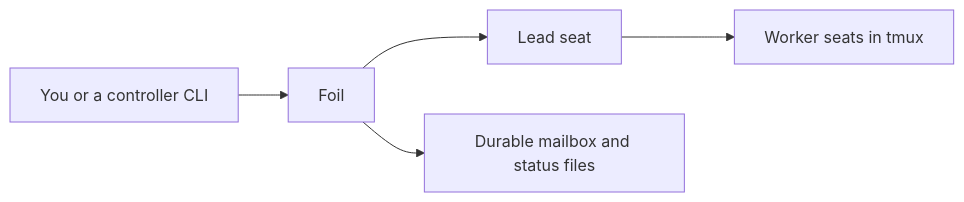
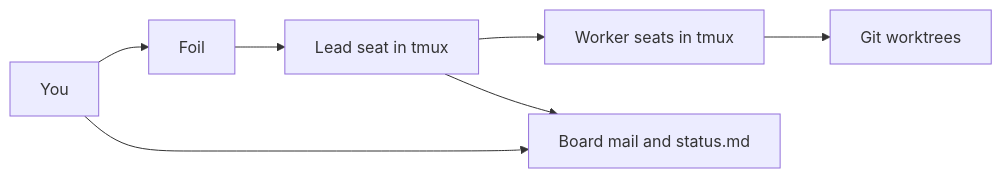
One commit to TiantianFlow/foil changed the diagram in README.md. Above: the diagram before and after it, drawn with Mermaid. The commit also changed other lines of this file and 13 other files, not shown here.

````diff
--- a/README.md
+++ b/README.md
@@ -52,7 +13,9 @@
 ```mermaid
 flowchart LR
-  operator[You or a controller CLI] --> foil[Foil]
-  foil --> lead[Lead seat]
+  you[You] --> foil[Foil]
+  foil --> lead[Lead seat in tmux]
   lead --> workers[Worker seats in tmux]
-  foil --> files[Durable mailbox and status files]
+  workers --> trees[Git worktrees]
+  lead --> board[Board mail and status.md]
+  you --> board
 ```
````
